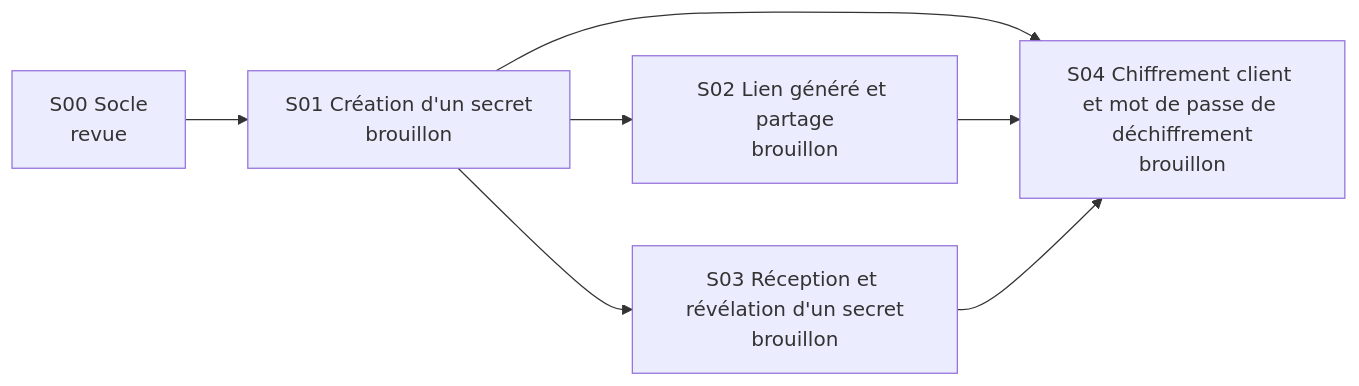
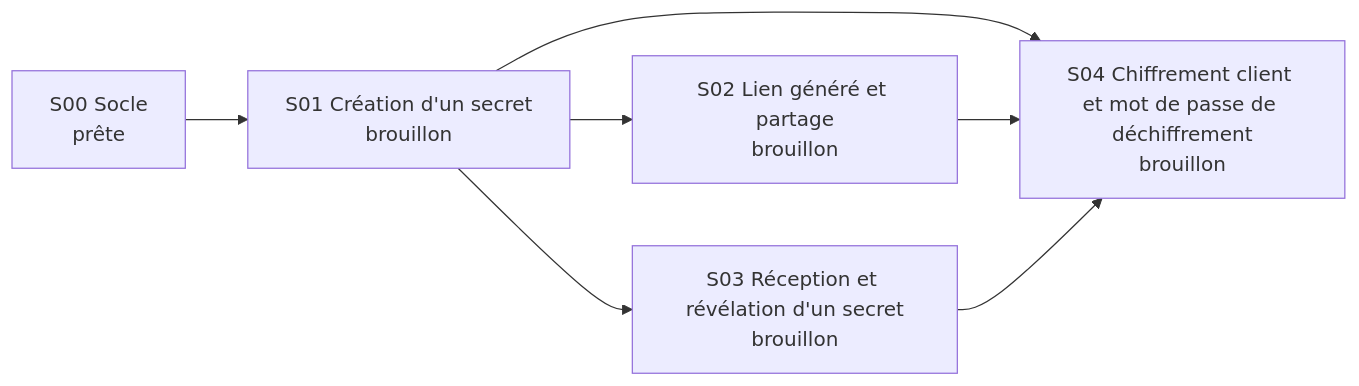
The diagram in specs/_index.md (lgrdev/eloneva-secret), drawn with Mermaid before and after one commit. The commit also changed other lines of this file and 2 other files, not shown here.

Commit message:
docs: socle review ready

````diff
--- a/specs/_index.md
+++ b/specs/_index.md
@@ -23,14 +23,14 @@
 ```mermaid
 flowchart LR
-  S00["S00 Socle<br/>revue"]
+  S00["S00 Socle<br/>prête"]
   S01["S01 Création d'un secret<br/>brouillon"]
   S02["S02 Lien généré et partage<br/>brouillon"]
   S03["S03 Réception et révélation d'un secret<br/>brouillon"]
   S04["S04 Chiffrement client et mot de passe de déchiffrement<br/>brouillon"]
   S00 --> S01
   S01 --> S02
   S01 --> S03
   S01 --> S04
   S02 --> S04
   S03 --> S04
 ```
````
